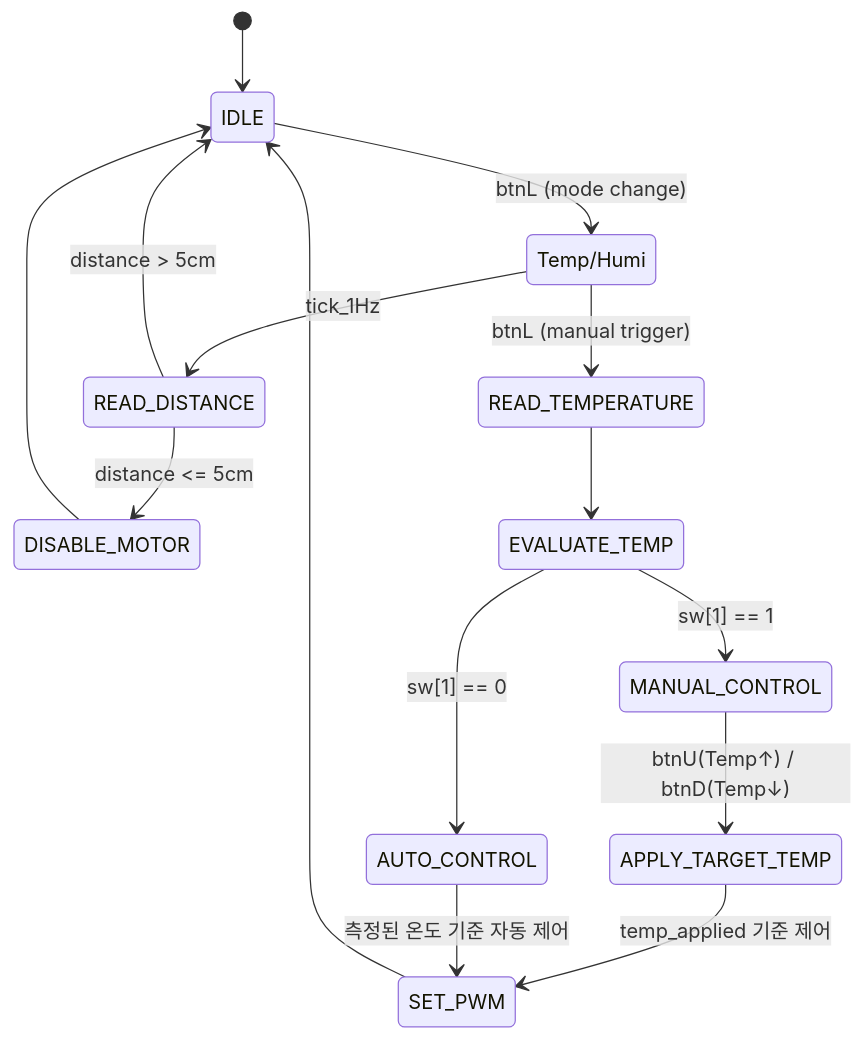
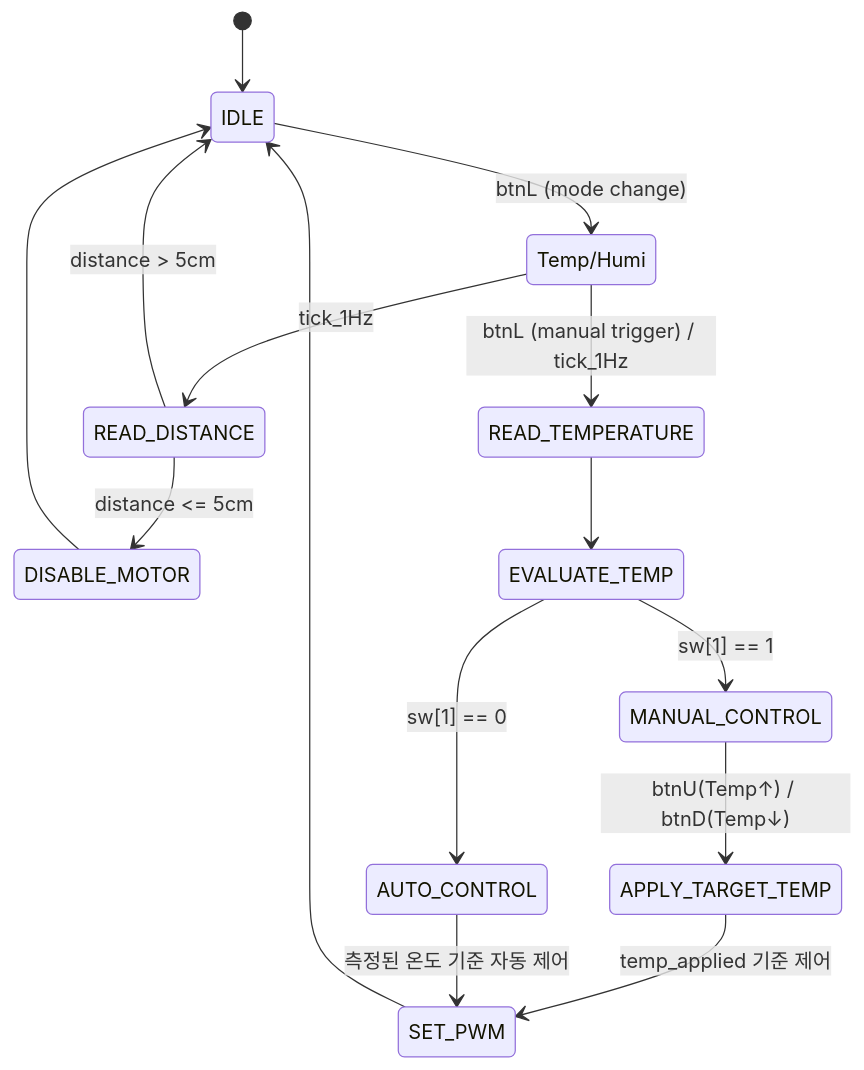
Before and after one commit to SE0NGH0/AI_Verilog_HDL: the third of 5 diagrams in 15.BESPOKE/README.md, drawn with Mermaid.

````diff
--- a/15.BESPOKE/README.md
+++ b/15.BESPOKE/README.md
@@ -94,17 +94,17 @@
 ```mermaid
 stateDiagram-v2
     [*] --> IDLE
     IDLE --> Temp/Humi: btnL (mode change)
     Temp/Humi --> READ_DISTANCE: tick_1Hz
-    Temp/Humi --> READ_TEMPERATURE: btnL (manual trigger)
+    Temp/Humi --> READ_TEMPERATURE: btnL (manual trigger) / tick_1Hz
     READ_DISTANCE --> DISABLE_MOTOR: distance <= 5cm
     READ_DISTANCE --> IDLE: distance > 5cm
     READ_TEMPERATURE --> EVALUATE_TEMP
     EVALUATE_TEMP --> MANUAL_CONTROL: sw[1] == 1
     EVALUATE_TEMP --> AUTO_CONTROL: sw[1] == 0
     MANUAL_CONTROL --> APPLY_TARGET_TEMP: btnU(Temp↑) / btnD(Temp↓)
     APPLY_TARGET_TEMP --> SET_PWM: temp_applied 기준 제어
     AUTO_CONTROL --> SET_PWM: 측정된 온도 기준 자동 제어
     SET_PWM --> IDLE
     DISABLE_MOTOR --> IDLE
 ```
````
